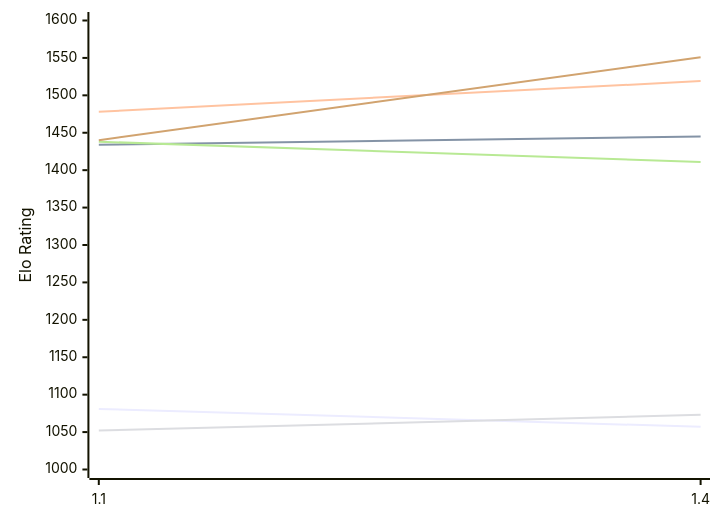
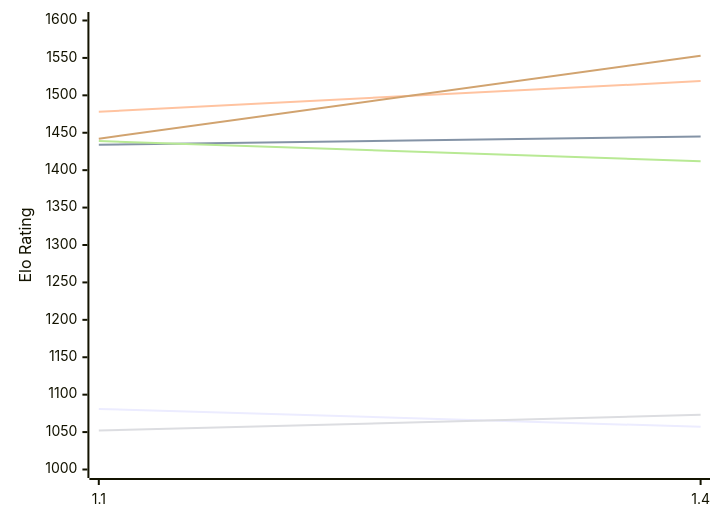
The first of 2 diagrams in engines/USunfish.md (computer-chess-index/cci), drawn with Mermaid before and after one commit. The commit also changed other lines of this file, not shown here.

Commit message:
Update CCI Ratings (ELO VLTC) - 2026-11-26

````diff
--- a/engines/USunfish.md
+++ b/engines/USunfish.md
@@ -50,12 +50,12 @@
 ```mermaid
 %%{init: {"theme":"base","themeVariables":{"seriesColors:['#a3a3a3','#222221','#faa371']}}}%%
 xychart-beta
   x-axis ["1.1", "1.4"]
   y-axis "Elo Rating" 1000 --> 1600
   line "E1: STC (8.0+0.08s)" [1081, 1057]
   line "E1: LTC (60.0+0.60s)" [1434, 1445]
   line "E1: VLTC (2m24s+1.12s)" [1478, 1519]
   line "P1: STC (8.0+0.08s)" [1052, 1073]
-  line "P1: LTC (60.0+0.60s)" [1438, 1411]
-  line "P1: VLTC (2m24s+1.12s)" [1440, 1551]
+  line "P1: LTC (60.0+0.60s)" [1439, 1412]
+  line "P1: VLTC (2m24s+1.12s)" [1442, 1553]
 ```
````
